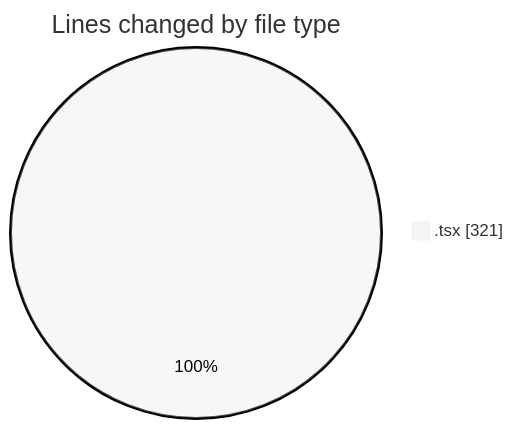
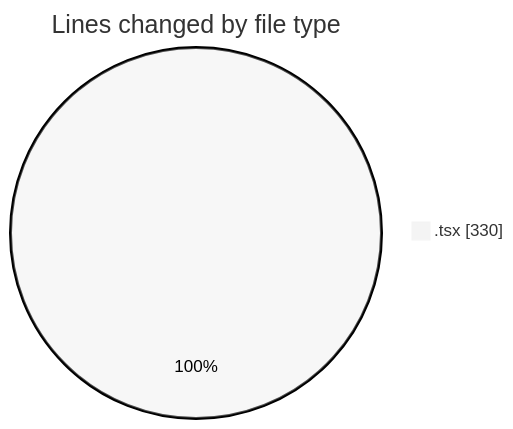
The first of 2 diagrams in 2025-02-11/cda/README.md (momahboobian/code-tracking), drawn with Mermaid (neutral theme) before and after one commit. The commit also changed other lines of this file and 1 other file, not shown here.

Commit message:
type(activity): Modified functions: RequestForm.tsx (+323 lines -7 lines), +330 lines (-4 lines) type(cda/README.md): Modified files: RequestForm.tsx (+321 lines -4 lines), +330 lines (-4 lines)

````diff
--- a/2025-02-11/cda/README.md
+++ b/2025-02-11/cda/README.md
@@ -20,5 +20,5 @@
 ```mermaid
 pie showData
 title Lines changed by file type
-".tsx" : 321
+".tsx" : 330
 ```
````
